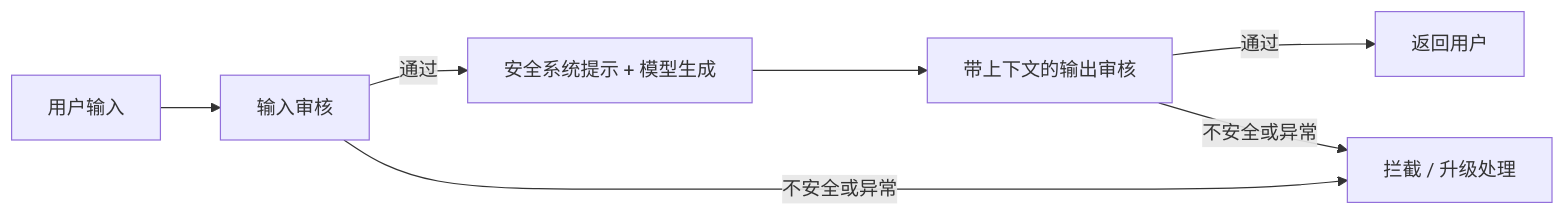
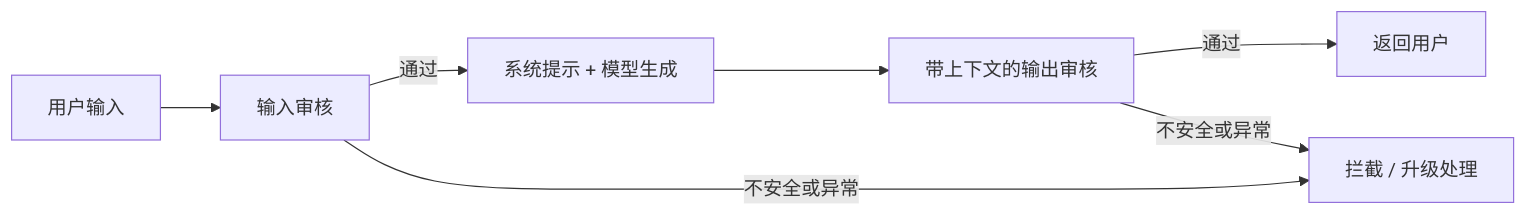
Before and after one commit to AI-learning-simple/Build-Your-Own-LLM: the first of 3 diagrams in 2. Alignment 与训练工程/8. 安全对齐（Safety Alignment）——风险边界与多层防护.md, drawn with Mermaid. The commit also changed other lines of this file and 88 other files, not shown here.

````diff
--- a/2. Alignment 与训练工程/8. 安全对齐（Safety Alignment）——风险边界与多层防护.md
+++ b/2. Alignment 与训练工程/8. 安全对齐（Safety Alignment）——风险边界与多层防护.md
@@ -82,9 +137,9 @@
 ```mermaid
 flowchart LR
     A[用户输入] --> B[输入审核]
-    B -->|通过| C[安全系统提示 + 模型生成]
+    B -->|通过| C[系统提示 + 模型生成]
     C --> D[带上下文的输出审核]
     D -->|通过| E[返回用户]
     B -->|不安全或异常| F[拦截 / 升级处理]
     D -->|不安全或异常| F
 ```
````
